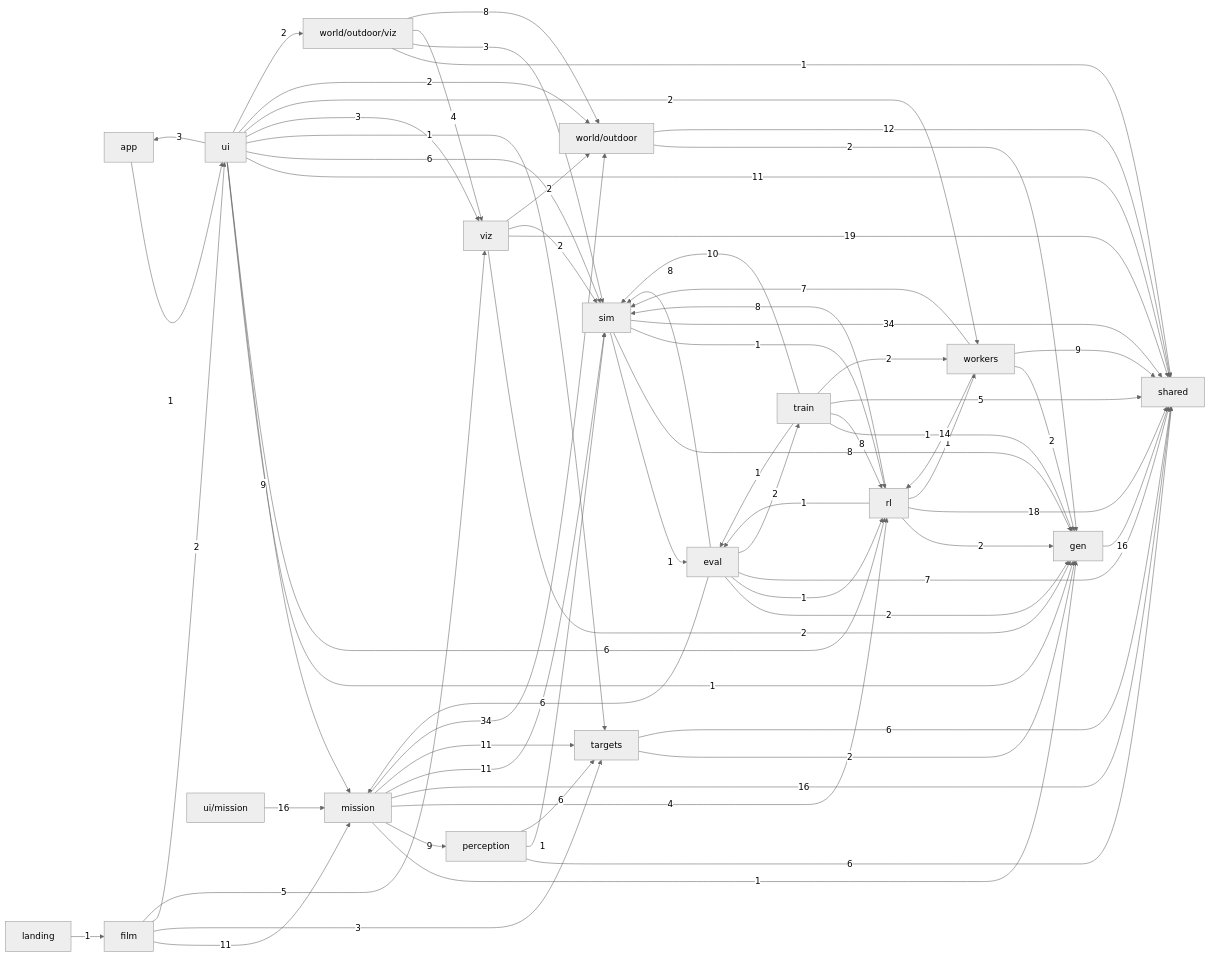
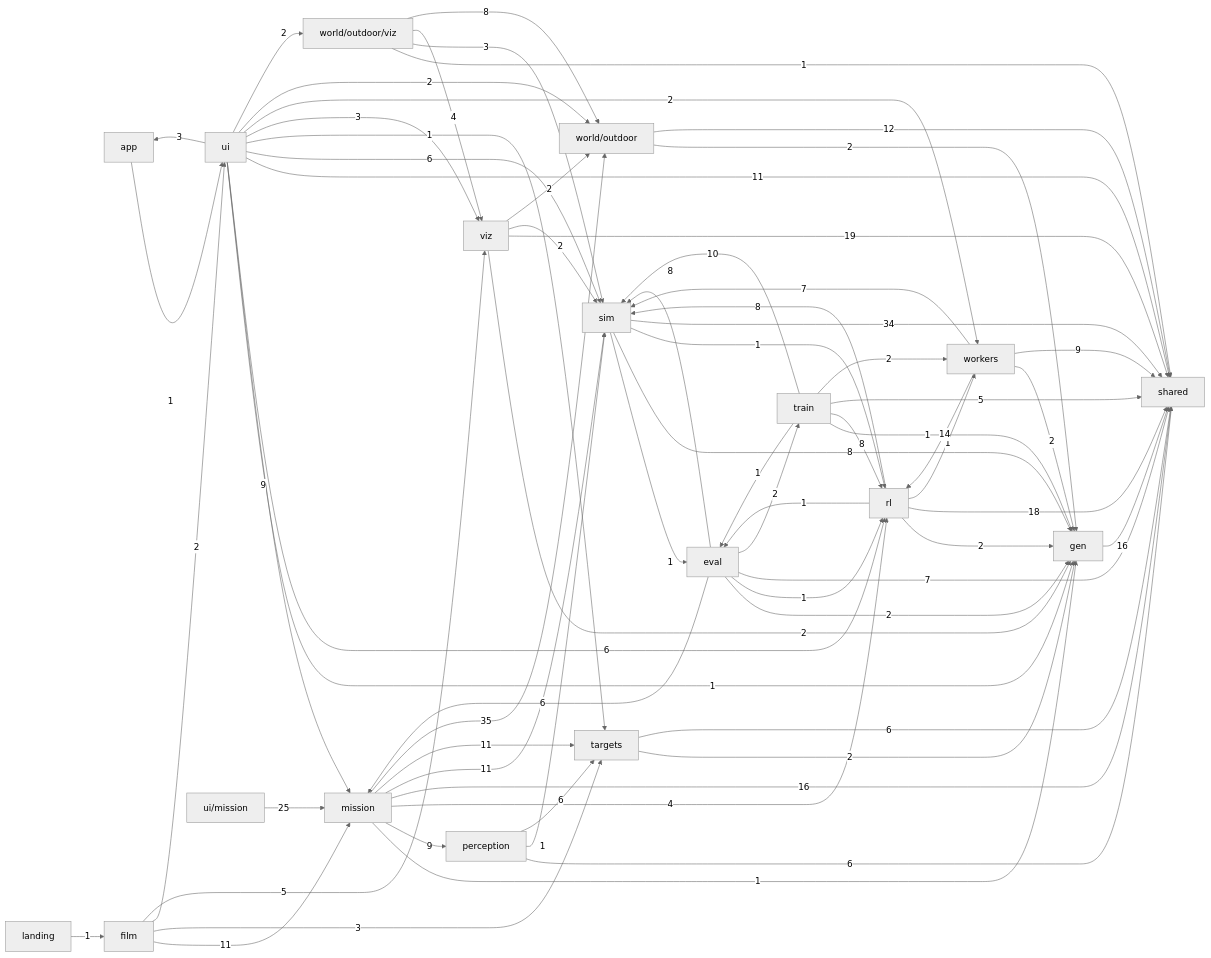
Before and after one commit to alexnieves-cs/frontier-fly: the second of 2 diagrams in docs/ARCHITECTURE.md, drawn with Mermaid (neutral theme). The commit also changed other lines of this file and 24 other files, not shown here.

```diff
--- a/docs/ARCHITECTURE.md
+++ b/docs/ARCHITECTURE.md
@@ -111,7 +111,7 @@
   mission -->|16| shared
   mission -->|11| sim
   mission -->|11| targets
-  mission -->|34| world_outdoor
+  mission -->|35| world_outdoor
   perception -->|6| shared
   perception -->|1| sim
   perception -->|6| targets
@@ -132,7 +132,7 @@
   train -->|5| shared
   train -->|10| sim
   train -->|2| workers
-  ui_mission -->|16| mission
+  ui_mission -->|25| mission
   ui -->|3| app
   ui -->|1| gen
   ui -->|9| mission
```
